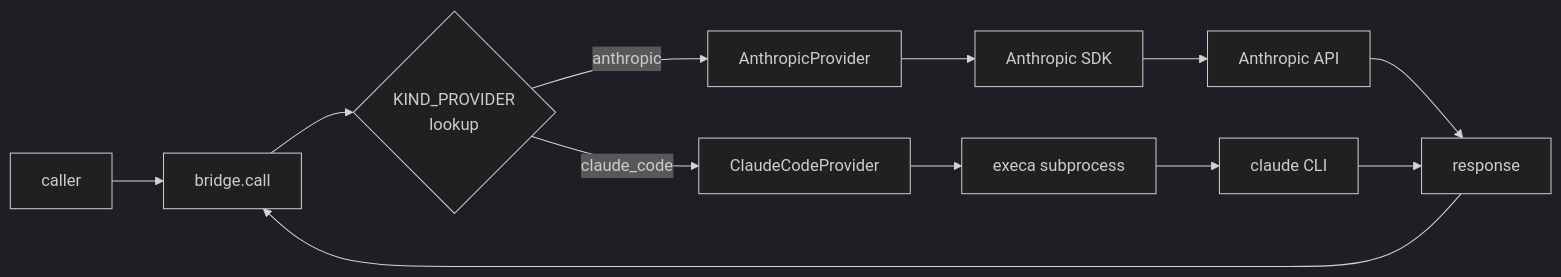
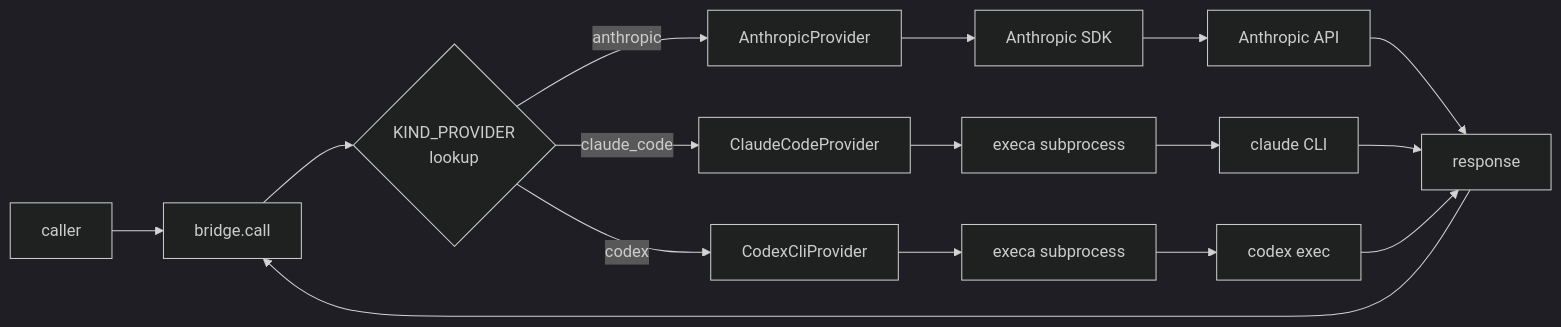
Before and after one commit to zumizumi-3/mex-next: the diagram in docs/developer/12-llm-bridge.md, drawn with Mermaid (dark theme). The commit also changed other lines of this file and 18 other files, not shown here.

First line of the commit message:
feat(llm): add Codex CLI provider + LLM_BACKEND env switch (A4)

````diff
--- a/docs/developer/12-llm-bridge.md
+++ b/docs/developer/12-llm-bridge.md
@@ -11,14 +11,18 @@
 ```mermaid
 flowchart LR
     A[caller] --> B[bridge.call]
     B --> C{KIND_PROVIDER<br/>lookup}
     C -->|anthropic| D[AnthropicProvider]
     C -->|claude_code| E[ClaudeCodeProvider]
+    C -->|codex| K[CodexCliProvider]
     D --> F[Anthropic SDK]
     F --> G[Anthropic API]
     E --> H[execa subprocess]
     H --> I[claude CLI]
+    K --> L[execa subprocess]
+    L --> M[codex exec]
     G --> J[response]
     I --> J
+    M --> J
     J --> B
 ```
````
